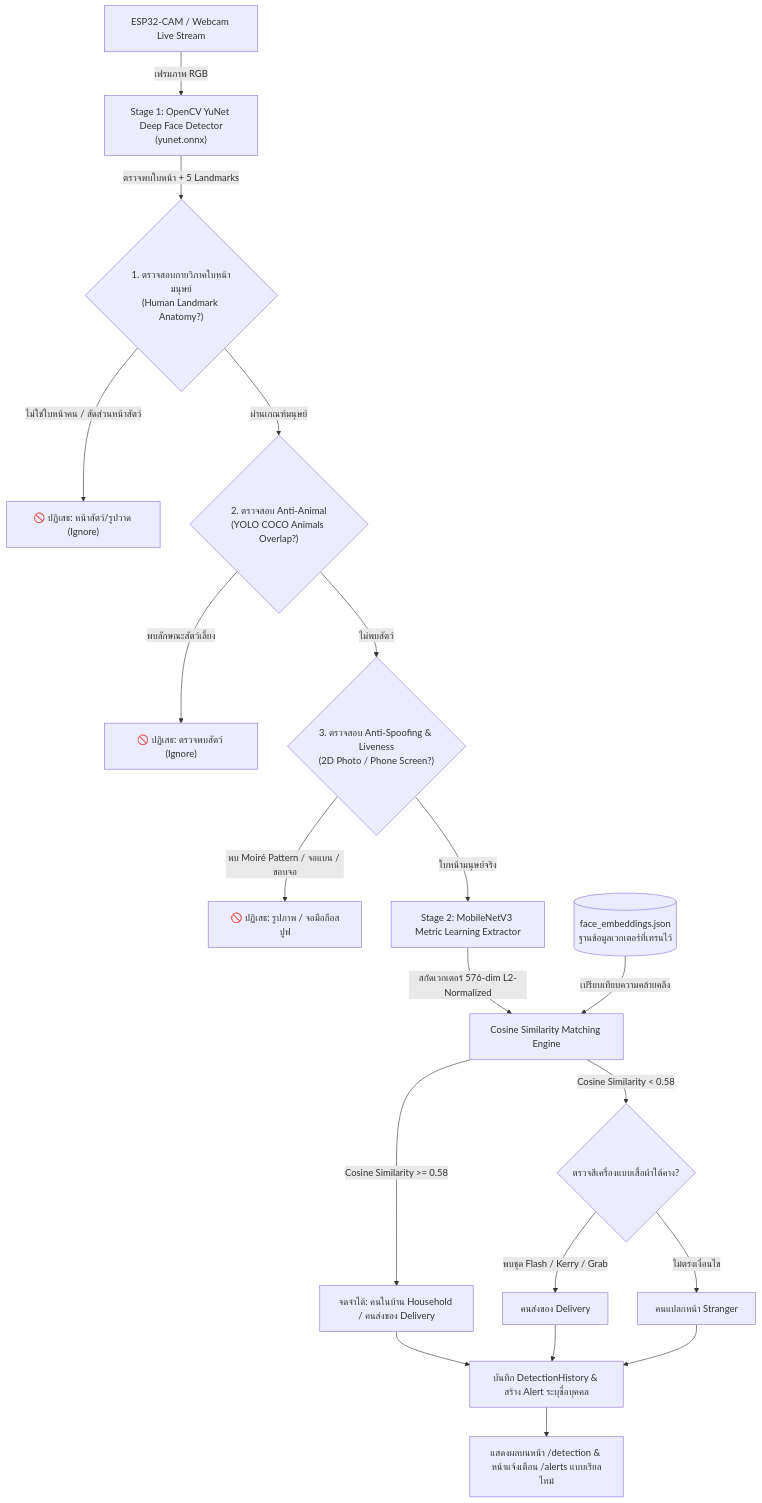
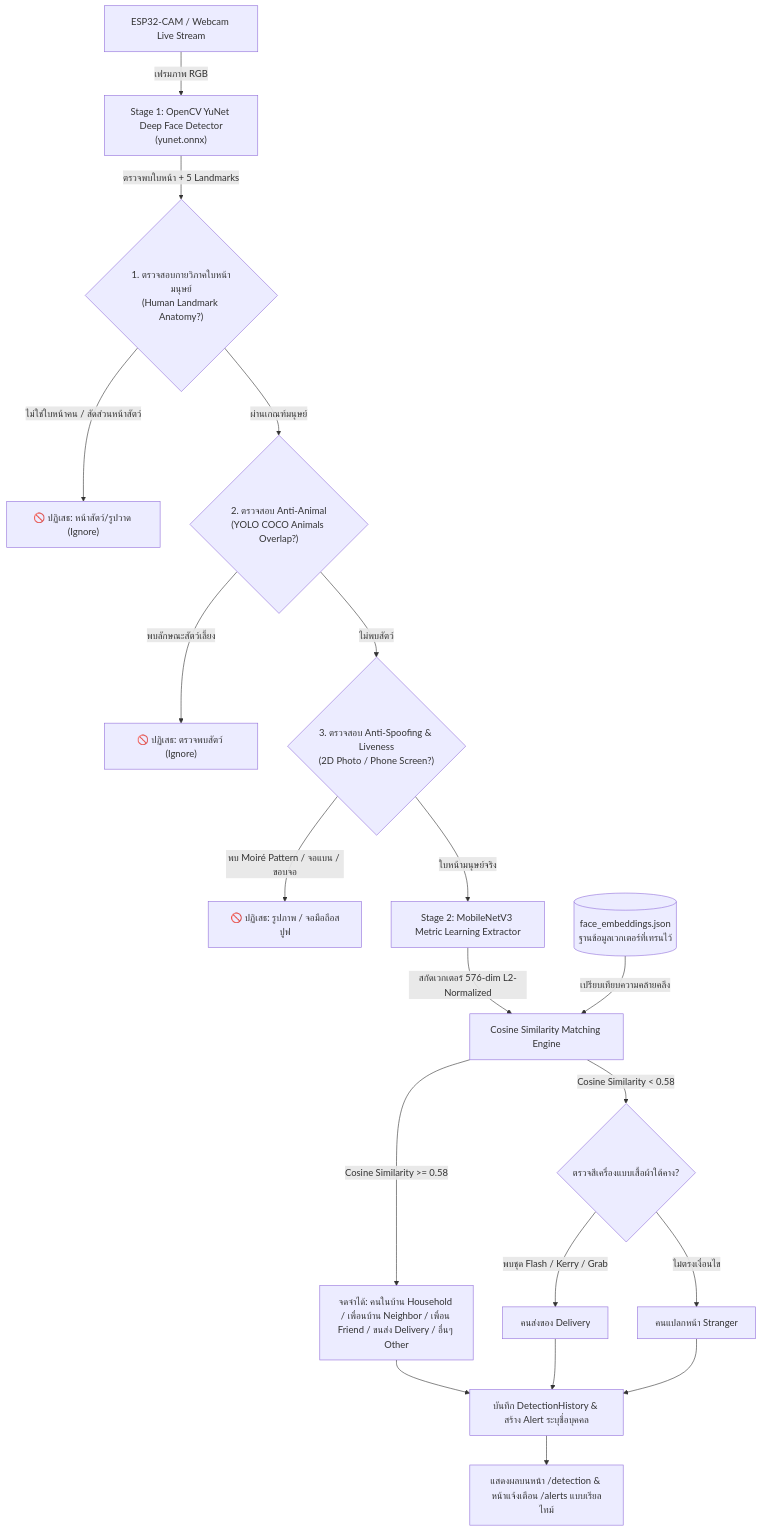
The diagram in docs/ai-vision.md (Jadsada11/Project.P4), drawn with Mermaid before and after one commit. The commit also changed other lines of this file and 2177 other files, not shown here.

````diff
--- a/docs/ai-vision.md
+++ b/docs/ai-vision.md
@@ -10,24 +10,24 @@
 ```mermaid
 flowchart TD
     A["ESP32-CAM / Webcam Live Stream"] -->|เฟรมภาพ RGB| B["Stage 1: OpenCV YuNet Deep Face Detector\n(yunet.onnx)"]
     B -->|ตรวจพบใบหน้า + 5 Landmarks| C{"1. ตรวจสอบกายวิภาคใบหน้ามนุษย์\n(Human Landmark Anatomy?)"}
     C -->|ไม่ใช่ใบหน้าคน / สัดส่วนหน้าสัตว์| REJ1["🚫 ปฏิเสธ: หน้าสัตว์/รูปวาด (Ignore)"]
     C -->|ผ่านเกณฑ์มนุษย์| D{"2. ตรวจสอบ Anti-Animal\n(YOLO COCO Animals Overlap?)"}
     D -->|พบลักษณะสัตว์เลี้ยง| REJ2["🚫 ปฏิเสธ: ตรวจพบสัตว์ (Ignore)"]
     D -->|ไม่พบสัตว์| E{"3. ตรวจสอบ Anti-Spoofing & Liveness\n(2D Photo / Phone Screen?)"}
     E -->|พบ Moiré Pattern / จอแบน / ขอบจอ| REJ3["🚫 ปฏิเสธ: รูปภาพ / จอมือถือสปูฟ"]
     E -->|ใบหน้ามนุษย์จริง| F["Stage 2: MobileNetV3 Metric Learning Extractor"]
     
     F -->|สกัดเวกเตอร์ 576-dim L2-Normalized| G["Cosine Similarity Matching Engine"]
     H[("face_embeddings.json\nฐานข้อมูลเวกเตอร์ที่เทรนไว้")] -->|เปรียบเทียบความคล้ายคลึง| G
     
-    G -->|Cosine Similarity >= 0.58| I["จดจำได้: คนในบ้าน Household / คนส่งของ Delivery"]
+    G -->|Cosine Similarity >= 0.58| I["จดจำได้: คนในบ้าน Household / เพื่อนบ้าน Neighbor / เพื่อน Friend / ขนส่ง Delivery / อื่นๆ Other"]
     G -->|Cosine Similarity < 0.58| J{"ตรวจสีเครื่องแบบเสื้อผ้าใต้คาง?"}
     J -->|พบชุด Flash / Kerry / Grab| K["คนส่งของ Delivery"]
     J -->|ไม่ตรงเงื่อนไข| L["คนแปลกหน้า Stranger"]
     
     I --> M["บันทึก DetectionHistory & สร้าง Alert ระบุชื่อบุคคล"]
     K --> M
     L --> M
     M --> N["แสดงผลบนหน้า /detection & หน้าแจ้งเตือน /alerts แบบเรียลไทม์"]
 ```
````
